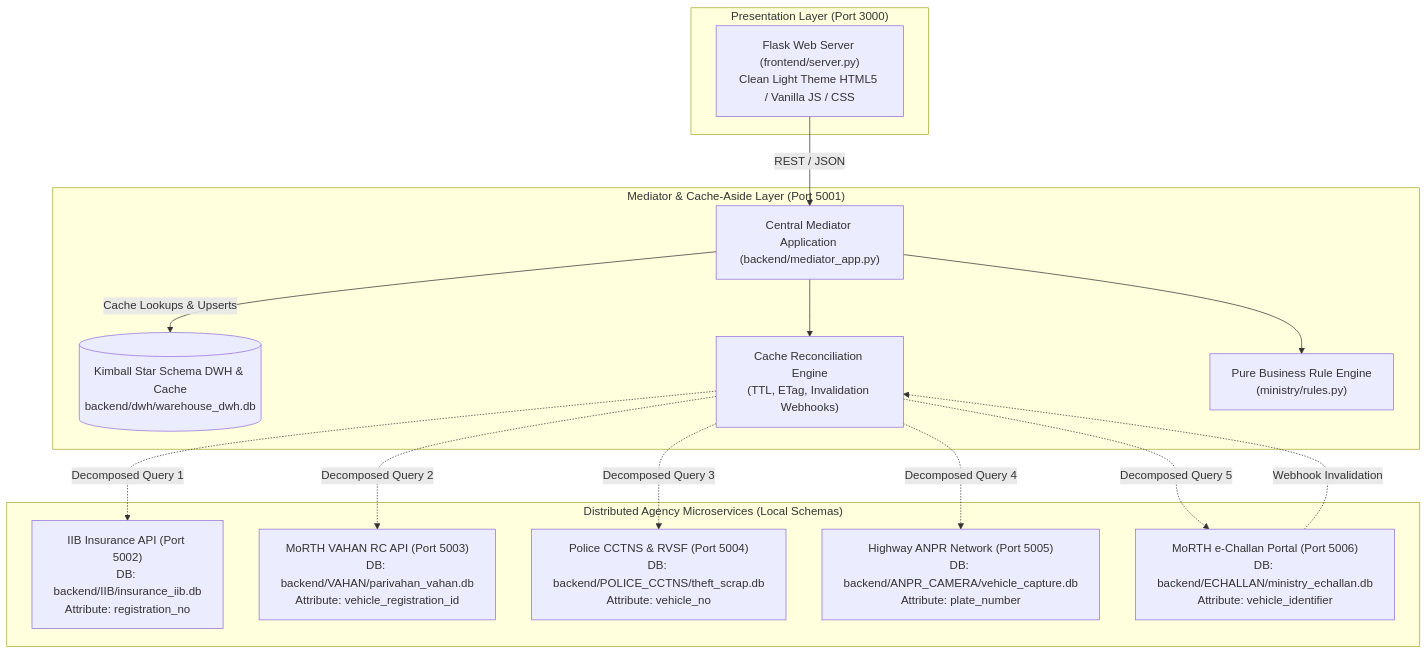
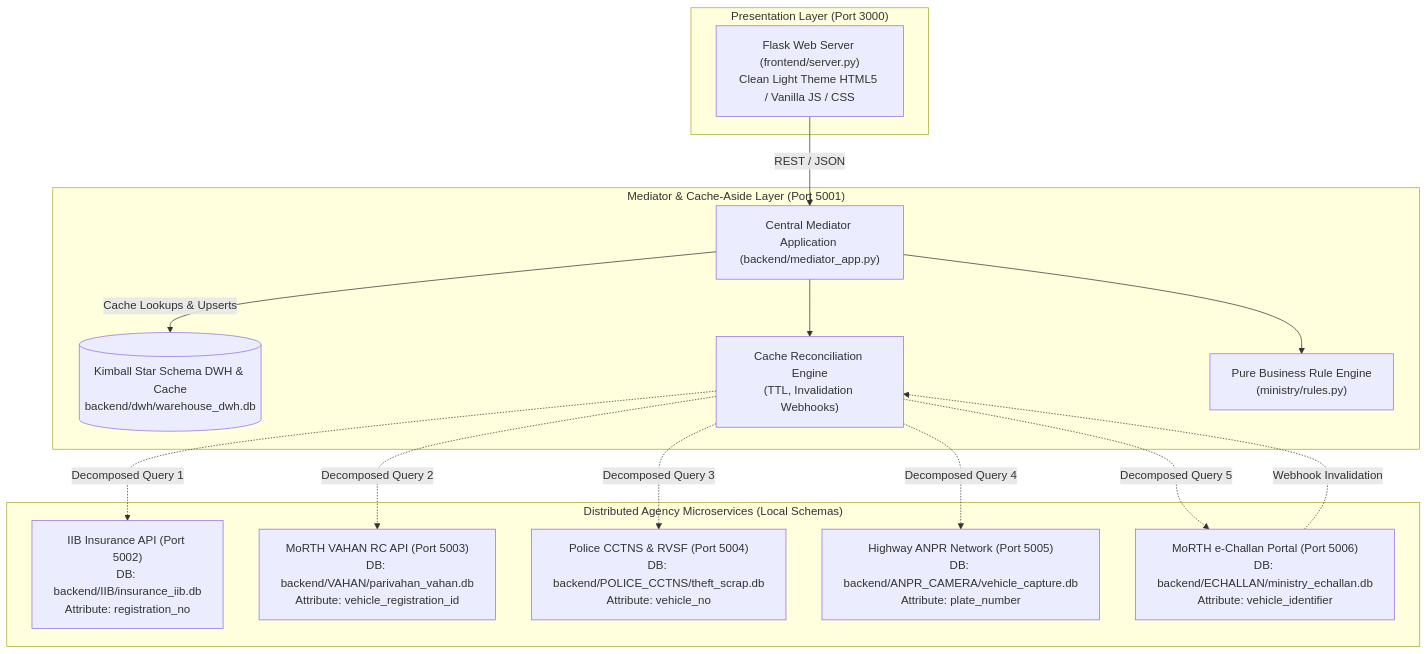
Before and after one commit to saloninarang27/IIA-Project_VahanRakshak: the diagram in docs/architecture.md, drawn with Mermaid. The commit also changed 48 other files, not shown here.

````diff
--- a/docs/architecture.md
+++ b/docs/architecture.md
@@ -5,32 +5,32 @@
 ```mermaid
 graph TD
     subgraph Presentation ["Presentation Layer (Port 3000)"]
         UI["Flask Web Server (frontend/server.py)<br>Clean Light Theme HTML5 / Vanilla JS / CSS"]
     end
 
     subgraph MediatorCore ["Mediator & Cache-Aside Layer (Port 5001)"]
         Mediator["Central Mediator Application (backend/mediator_app.py)"]
         DWH[("Kimball Star Schema DWH & Cache<br>backend/dwh/warehouse_dwh.db")]
-        Sync["Cache Reconciliation Engine<br>(TTL, ETag, Invalidation Webhooks)"]
+        Sync["Cache Reconciliation Engine<br>(TTL, Invalidation Webhooks)"]
         Rules["Pure Business Rule Engine<br>(ministry/rules.py)"]
     end
 
     subgraph AgencyServices ["Distributed Agency Microservices (Local Schemas)"]
         IIB["IIB Insurance API (Port 5002)<br>DB: backend/IIB/insurance_iib.db<br>Attribute: registration_no"]
         VAHAN["MoRTH VAHAN RC API (Port 5003)<br>DB: backend/VAHAN/parivahan_vahan.db<br>Attribute: vehicle_registration_id"]
         CCTNS["Police CCTNS & RVSF (Port 5004)<br>DB: backend/POLICE_CCTNS/theft_scrap.db<br>Attribute: vehicle_no"]
         ANPR["Highway ANPR Network (Port 5005)<br>DB: backend/ANPR_CAMERA/vehicle_capture.db<br>Attribute: plate_number"]
         ECHALLAN["MoRTH e-Challan Portal (Port 5006)<br>DB: backend/ECHALLAN/ministry_echallan.db<br>Attribute: vehicle_identifier"]
     end
 
     UI -->|REST / JSON| Mediator
     Mediator -->|Cache Lookups & Upserts| DWH
     Mediator --> Sync
     Mediator --> Rules
     Sync -.->|Decomposed Query 1| IIB
     Sync -.->|Decomposed Query 2| VAHAN
     Sync -.->|Decomposed Query 3| CCTNS
     Sync -.->|Decomposed Query 4| ANPR
     Sync -.->|Decomposed Query 5| ECHALLAN
     ECHALLAN -.->|Webhook Invalidation| Sync
 ```
````
